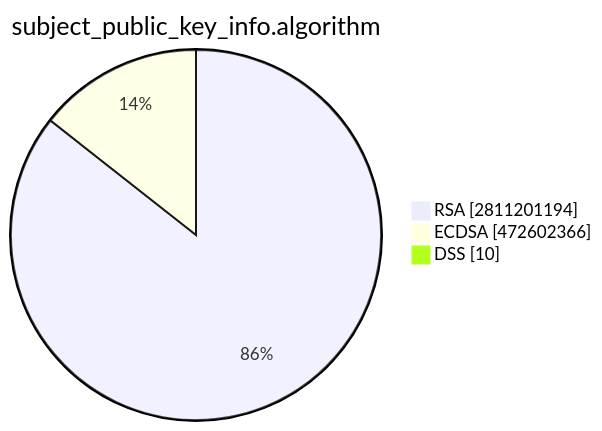
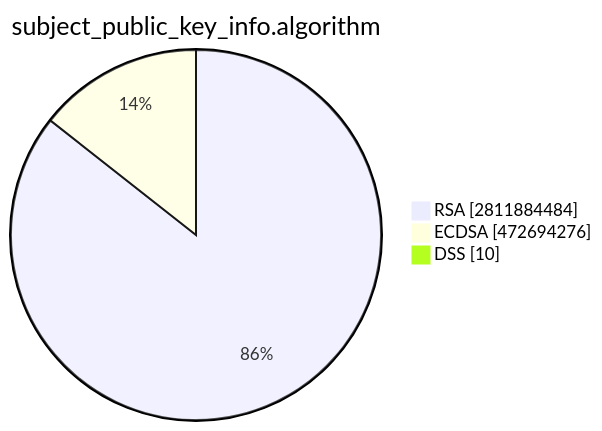
Before and after one commit to christiankrug/ctmonitor_visualization: the second of 15 diagrams in TOTAL/README.md, drawn with Mermaid. The commit also changed other lines of this file, not shown here.

````diff
--- a/TOTAL/README.md
+++ b/TOTAL/README.md
@@ -6,7 +6,7 @@
 ```mermaid
 pie showData
 title subject_public_key_info.algorithm
-"RSA" :2811201194
-"ECDSA" :472602366
+"RSA" :2811884484
+"ECDSA" :472694276
 "DSS" :10
 ```
````
